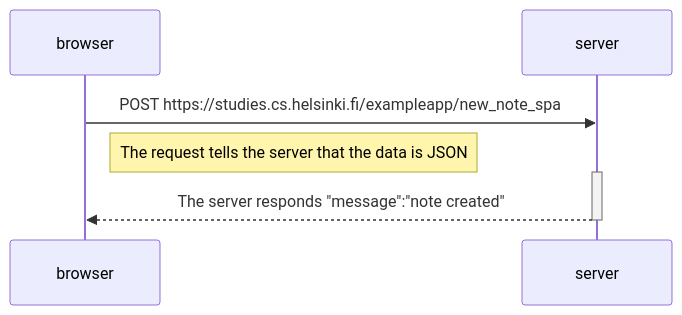
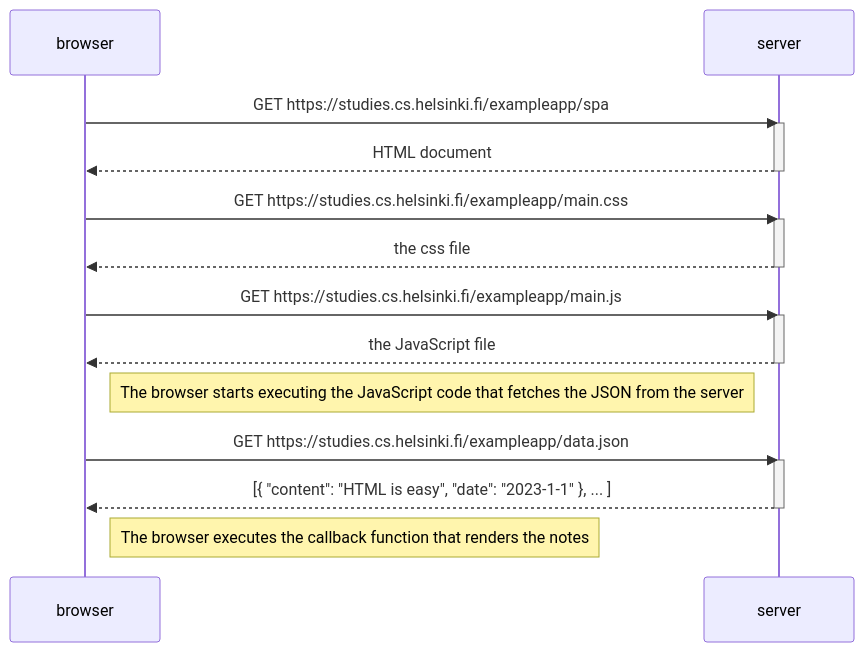
One commit to frankli-n/full-stack-open-university-of-helsinki changed the diagram in part0/spa_diagram.md. Above: the diagram before and after it, drawn with Mermaid.

````diff
--- a/part0/spa_diagram.md
+++ b/part0/spa_diagram.md
@@ -1,13 +1,30 @@
 ```mermaid
+
 sequenceDiagram
     participant browser
     participant server
 
 
-    browser->>server: POST https://studies.cs.helsinki.fi/exampleapp/new_note_spa
-    Note right of browser: The request tells the server that the data is JSON
+    browser->>server: GET https://studies.cs.helsinki.fi/exampleapp/spa
+    activate server
+    server-->>browser: HTML document
+    deactivate server
+    browser->>server: GET https://studies.cs.helsinki.fi/exampleapp/main.css
+    activate server
+    server-->>browser: the css file
+    deactivate server
 
+    browser->>server: GET https://studies.cs.helsinki.fi/exampleapp/main.js
     activate server
-    server-->>browser: The server responds "message":"note created"
+    server-->>browser: the JavaScript file
     deactivate server
+
+    Note right of browser: The browser starts executing the JavaScript code that fetches the JSON from the server
+
+    browser->>server: GET https://studies.cs.helsinki.fi/exampleapp/data.json
+    activate server
+    server-->>browser: [{ "content": "HTML is easy", "date": "2023-1-1" }, ... ]
+    deactivate server
+
+    Note right of browser: The browser executes the callback function that renders the notes
 ```
````
